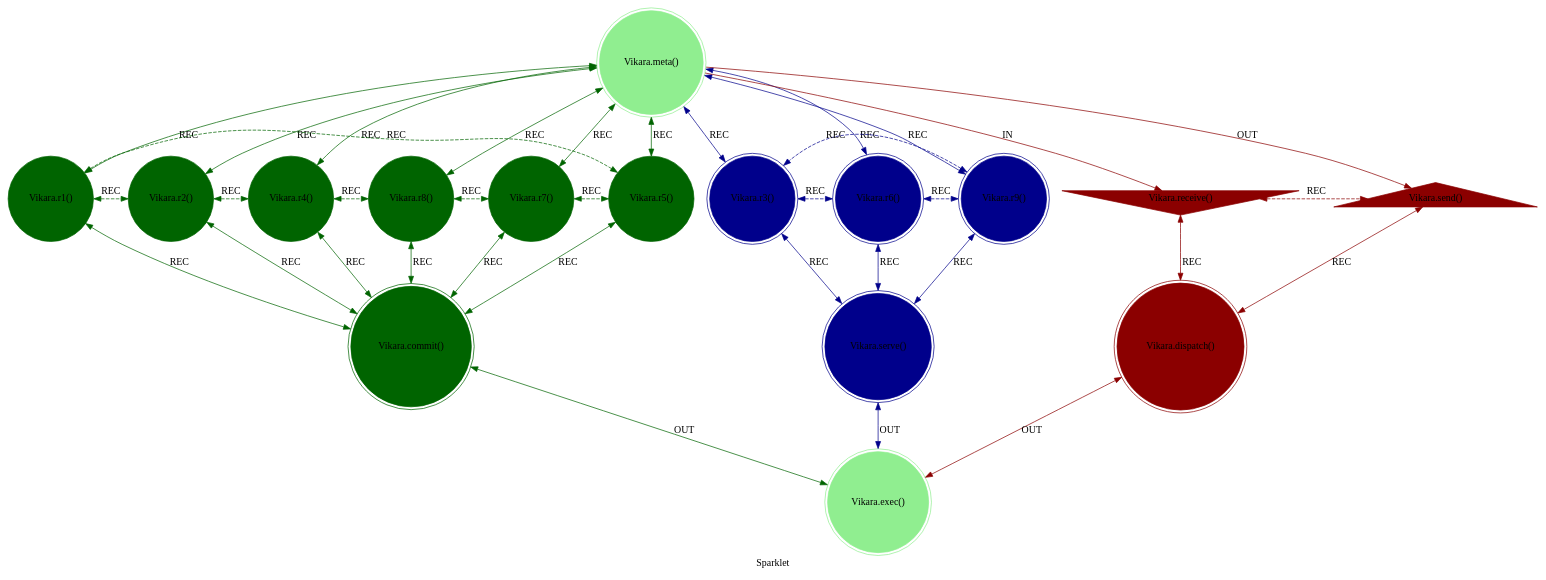
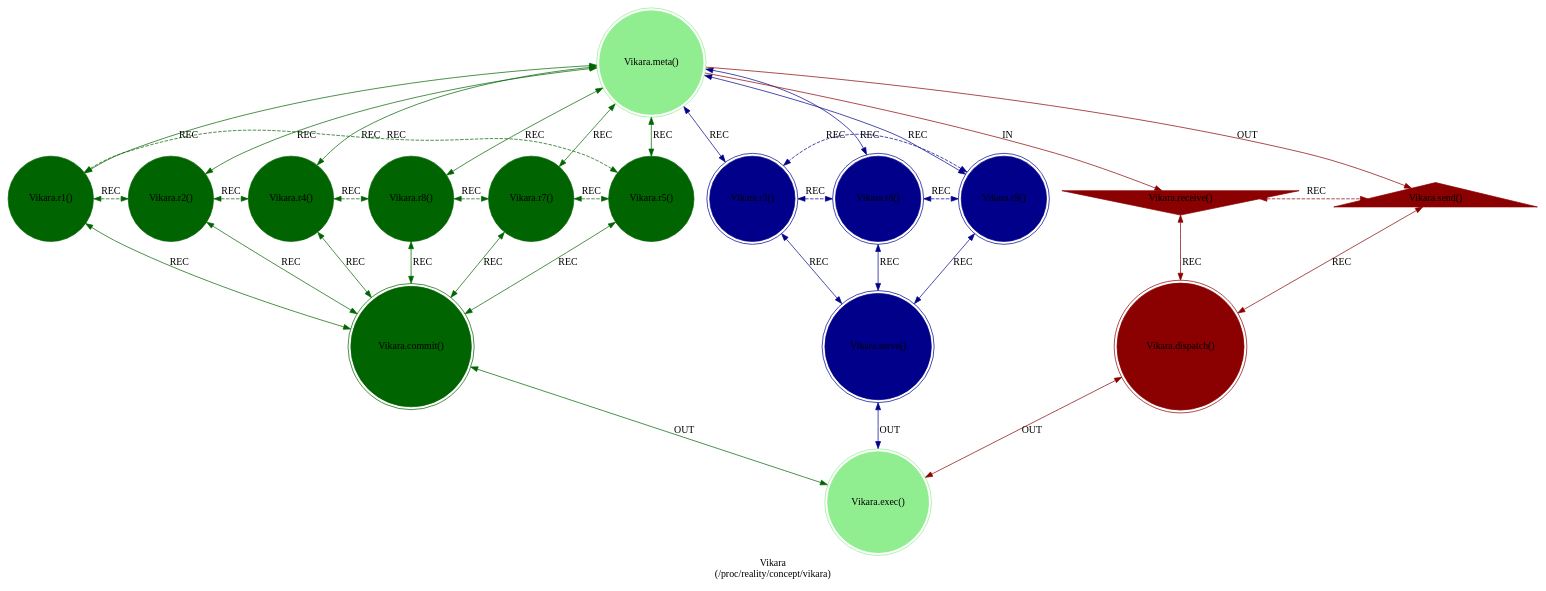
One commit to cilang/mythos changed the diagram in src/includes/vikara.dot. Above: the diagram before and after it, drawn with Graphviz. The commit also changed 8 other files, not shown here.

```diff
--- a/src/includes/vikara.dot
+++ b/src/includes/vikara.dot
@@ -1,48 +1,48 @@
-strict digraph Sparklet {
-    label = "Sparklet";
+strict digraph Vikara {
+    label = "Vikara\n(/proc/reality/concept/vikara)";
     style = filled;
     color = lightgray;
     node [shape = circle; style = filled; color = lightgreen;];
     
     // The Axis A-0-B (In-Meta-Out).
     // The Sacred 3-6-9 (Boundary of Perception).
     // The Vortex 1-2-4-8-7-5 (Boundary of Comprehension).
     // The Router C-D-E
     // The Closure F
     spark_0_t [label = "Vikara.meta()";comment = "";shape = doublecircle;];
     spark_1_t [label = "Vikara.r1()";comment = "";shape = circle;color = darkgreen;];
     spark_2_t [label = "Vikara.r2()";comment = "";shape = circle;color = darkgreen;];
     spark_4_t [label = "Vikara.r4()";comment = "";shape = circle;color = darkgreen;];
     spark_8_t [label = "Vikara.r8()";comment = "";shape = circle;color = darkgreen;];
     spark_7_t [label = "Vikara.r7()";comment = "";shape = circle;color = darkgreen;];
     spark_5_t [label = "Vikara.r5()";comment = "";shape = circle;color = darkgreen;];
     spark_3_t [label = "Vikara.r3()";comment = "Chaos and Order";shape = doublecircle;color = darkblue;];
     spark_6_t [label = "Vikara.r6()";comment = "Destruction and Creation";shape = doublecircle;color = darkblue;];
     spark_9_t [label = "Vikara.r9()";comment = "Probability and Causality";shape = doublecircle;color = darkblue;];
     spark_a_t [label = "Vikara.receive()";comment = "";shape = invtriangle;color = darkred;];
     spark_b_t [label = "Vikara.send()";comment = "";shape = triangle;color = darkred;];
     spark_c_t [label = "Vikara.dispatch()";comment = "";shape = doublecircle;color = darkred;];
     spark_d_t [label = "Vikara.commit()";comment = "";shape = doublecircle;color = darkgreen;];
     spark_e_t [label = "Vikara.serve()";comment = "";shape = doublecircle;color = darkblue;];
     spark_f_t [label = "Vikara.exec()";comment = "";shape = doublecircle;];
     
     // IN = Input
     // OUT = Output
     // REC = Recursion
     spark_0_t -> spark_a_t [label = "IN"; color = darkred; comment = "";];
     spark_0_t -> spark_b_t [label = "OUT"; color = darkred; comment = "";];
     spark_0_t -> {spark_3_t spark_6_t spark_9_t} [label = "REC"; color = darkblue; comment = ""; dir = both;];
     spark_0_t -> {spark_1_t spark_2_t spark_4_t spark_8_t spark_7_t spark_5_t} [label = "REC"; color = darkgreen; comment = ""; dir = both;];
     
     {spark_a_t spark_b_t} -> spark_c_t [label = "REC"; color = darkred; comment = ""; dir = both;];
     {spark_1_t spark_2_t spark_4_t spark_8_t spark_7_t spark_5_t} -> spark_d_t [label = "REC"; color = darkgreen; comment = ""; dir = both;];
     {spark_3_t spark_6_t spark_9_t} -> spark_e_t [label = "REC"; color = darkblue; comment = ""; dir = both;];
     
     spark_1_t -> spark_2_t -> spark_4_t -> spark_8_t -> spark_7_t -> spark_5_t -> spark_1_t [label = "REC"; color = darkgreen; comment = ""; style = dashed; constraint = false; dir = both;];
     spark_3_t -> spark_6_t -> spark_9_t -> spark_3_t [label = "REC"; color = darkblue; comment = ""; style = dashed; constraint = false; dir = both;];
     spark_a_t -> spark_b_t [label = "REC"; color = darkred; comment = ""; constraint = false; style = dashed; dir = both;];
     
     spark_c_t -> spark_f_t [label = "OUT"; color = darkred; comment = ""; dir = both;];
     spark_d_t -> spark_f_t [label = "OUT"; color = darkgreen; comment = ""; dir = both;];
     spark_e_t -> spark_f_t [label = "OUT"; color = darkblue; comment = ""; dir = both;];
 }
```
